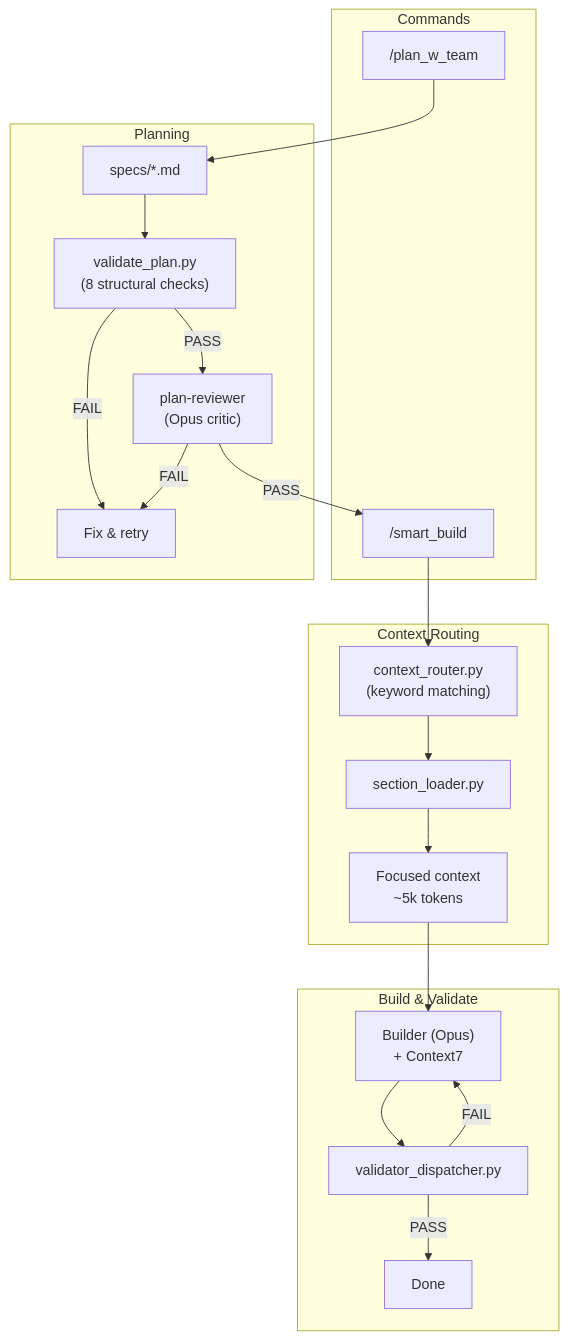
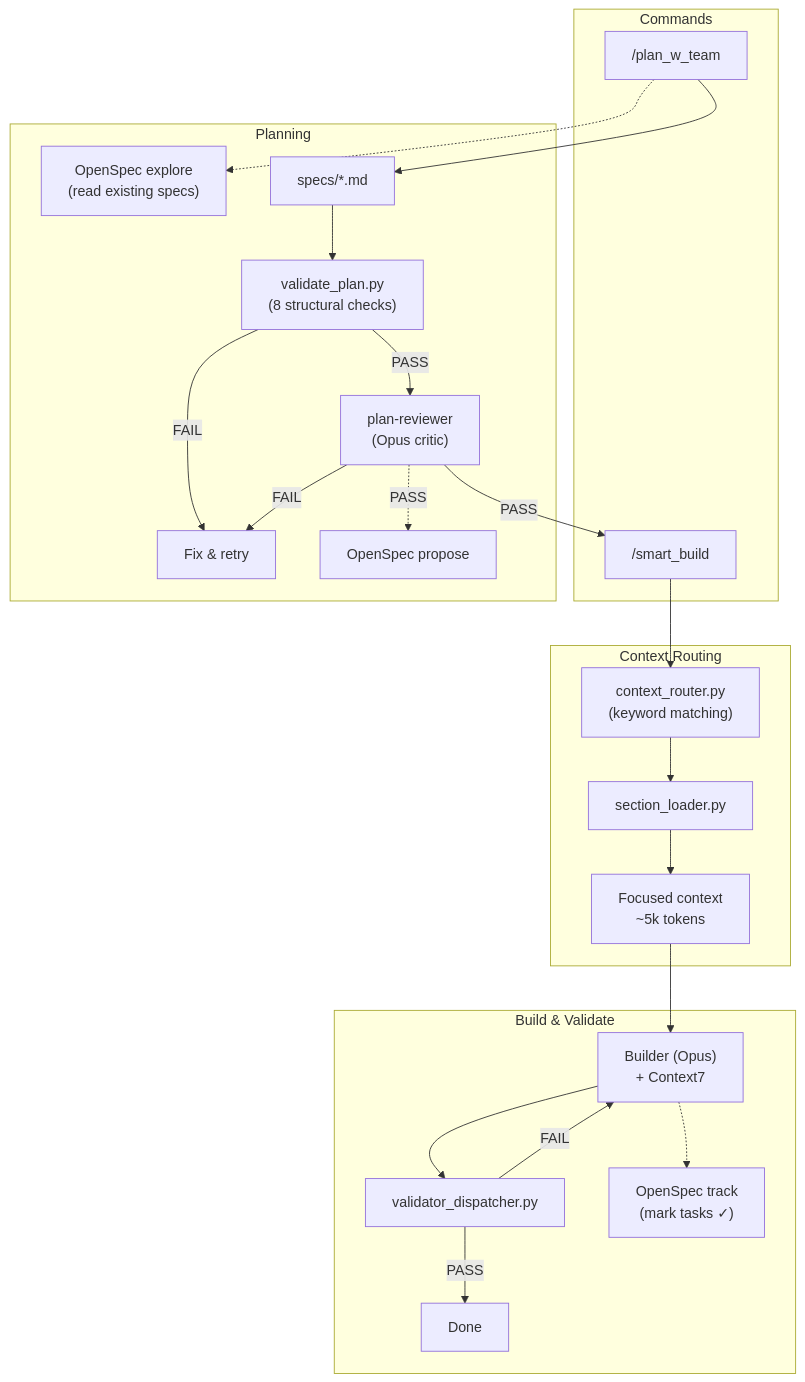
The diagram in README.md (a-simeshin/claude-code-hooks-mastery), drawn with Mermaid before and after one commit. The commit also changed other lines of this file, not shown here.

First line of the commit message:
docs: Add OpenSpec integration to README — diagram, features, MCP section

````diff
--- a/README.md
+++ b/README.md
@@ -28,29 +28,32 @@
 ```mermaid
 flowchart TB
     subgraph Commands
         plan["/plan_w_team"]
         smart["/smart_build"]
     end
 
     subgraph Planning
+        plan -.-> osread["OpenSpec explore<br/>(read existing specs)"]
         plan --> spec["specs/*.md"]
         spec --> vp["validate_plan.py<br/>(8 structural checks)"]
         vp -->|PASS| pr["plan-reviewer<br/>(Opus critic)"]
         pr -->|PASS| smart
         vp -->|FAIL| fix["Fix & retry"]
         pr -->|FAIL| fix
+        pr -.->|PASS| propose["OpenSpec propose"]
     end
 
     subgraph "Context Routing"
         smart --> cr["context_router.py<br/>(keyword matching)"]
         cr --> sl["section_loader.py"]
         sl --> ctx["Focused context<br/>~5k tokens"]
     end
 
     subgraph "Build & Validate"
         ctx --> builder["Builder (Opus)<br/>+ Context7"]
         builder --> vd["validator_dispatcher.py"]
+        builder -.-> track["OpenSpec track<br/>(mark tasks ✓)"]
         vd -->|FAIL| builder
         vd -->|PASS| done["Done"]
     end
 ```
````
